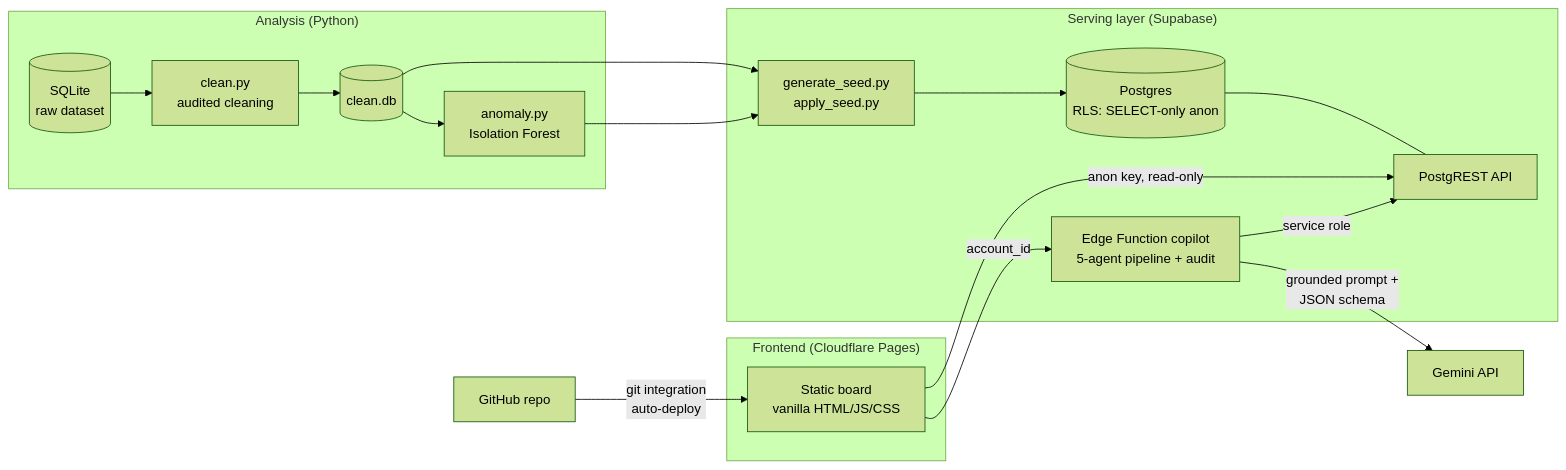
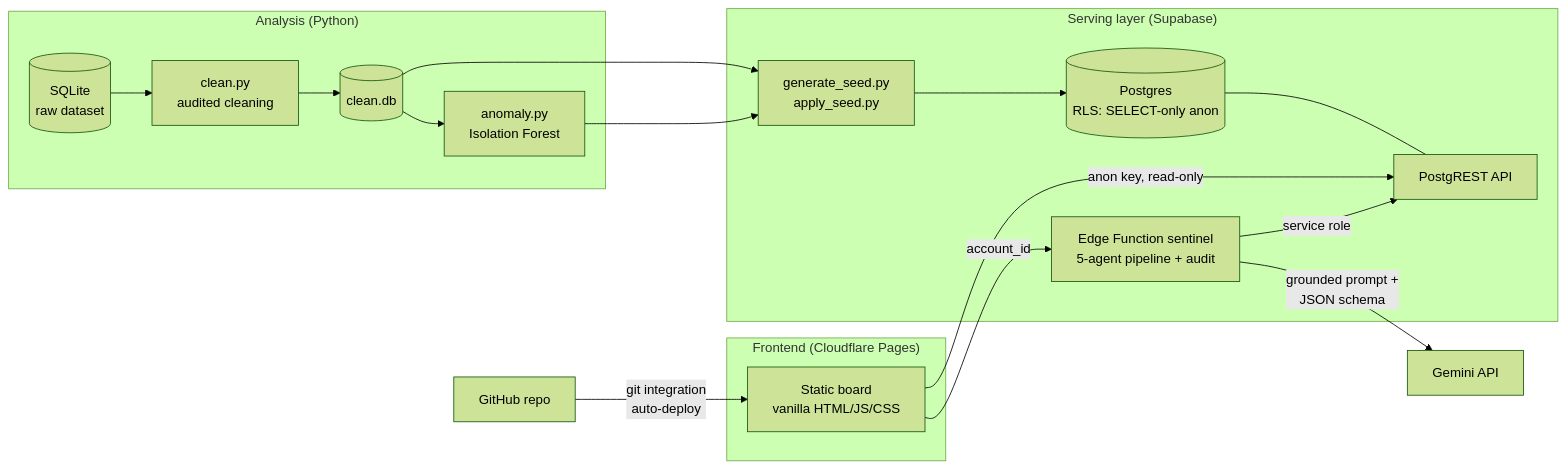
Before and after one commit to cardavil/Fraud_Exploration: the diagram in README.md, drawn with Mermaid (forest theme). The commit also changed other lines of this file and 17 other files, not shown here.

First line of the commit message:
refactor!: the AI agent is named Sentinel

````diff
--- a/README.md
+++ b/README.md
@@ -18,25 +18,25 @@
 ```mermaid
 flowchart LR
   subgraph Analysis["Analysis (Python)"]
     RAW[(SQLite<br/>raw dataset)] --> CLEAN[clean.py<br/>audited cleaning] --> DB[(clean.db)]
     DB --> ISO[anomaly.py<br/>Isolation Forest]
   end
 
   subgraph Serving["Serving layer (Supabase)"]
     SEED[generate_seed.py<br/>apply_seed.py] --> PG[(Postgres<br/>RLS: SELECT-only anon)]
     PG --- REST[PostgREST API]
-    FN[Edge Function copilot<br/>5-agent pipeline + audit]
+    FN[Edge Function sentinel<br/>5-agent pipeline + audit]
   end
 
   subgraph Front["Frontend (Cloudflare Pages)"]
     APP[Static board<br/>vanilla HTML/JS/CSS]
   end
 
   DB --> SEED
   ISO --> SEED
   APP -->|anon key, read-only| REST
   APP -->|account_id| FN
   FN -->|service role| REST
   FN -->|grounded prompt +<br/>JSON schema| GEMINI[Gemini API]
   GH[GitHub repo] -->|git integration<br/>auto-deploy| APP
 ```
````
